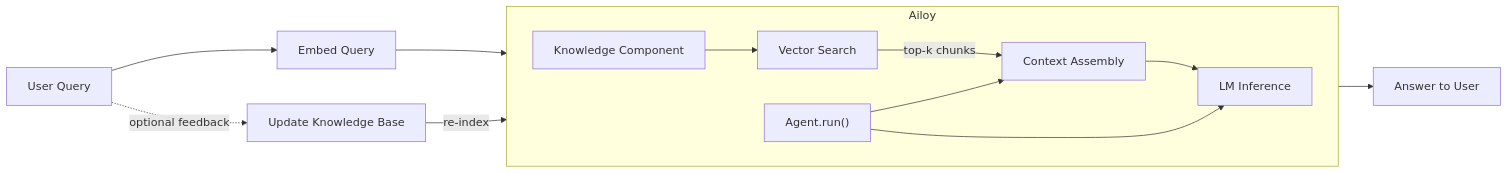
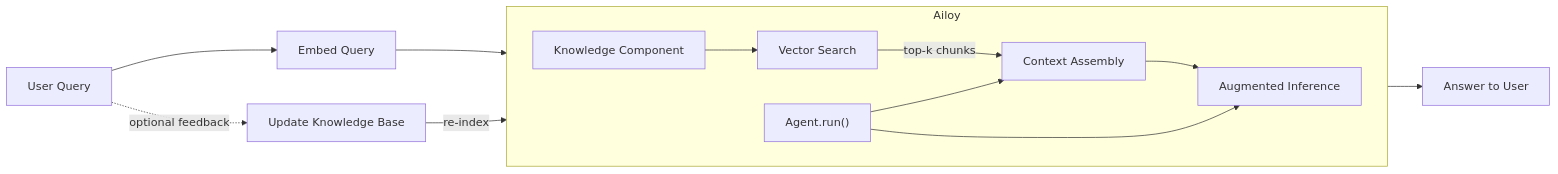
Before and after one commit to brekkylab/ailoy: the diagram in docs/docs/concepts/how-agent-works.mdx, drawn with Mermaid. The commit also changed other lines of this file, not shown here.

````diff
--- a/docs/docs/concepts/how-agent-works.mdx
+++ b/docs/docs/concepts/how-agent-works.mdx
@@ -158,18 +158,18 @@
 ```mermaid
 flowchart LR
   U[User Query] --> E[Embed Query]
   E --> R["Vector Search"]
   R -->|top-k chunks| C["Context Assembly"]
-  C --> L["LM Inference"]
-  L --> O[Answer to User]
+  C --> I["Augmented Inference"]
+  I --> O[Answer to User]
 
   subgraph Ailoy
     direction LR
     AG["Agent.run()"] --> C
     K["Knowledge Component"] --> R
-    AG --> L
+    AG --> I
   end
 
   U -. optional feedback .-> UPD["Update Knowledge Base"]
   UPD -->|re-index| R
 ```
````
